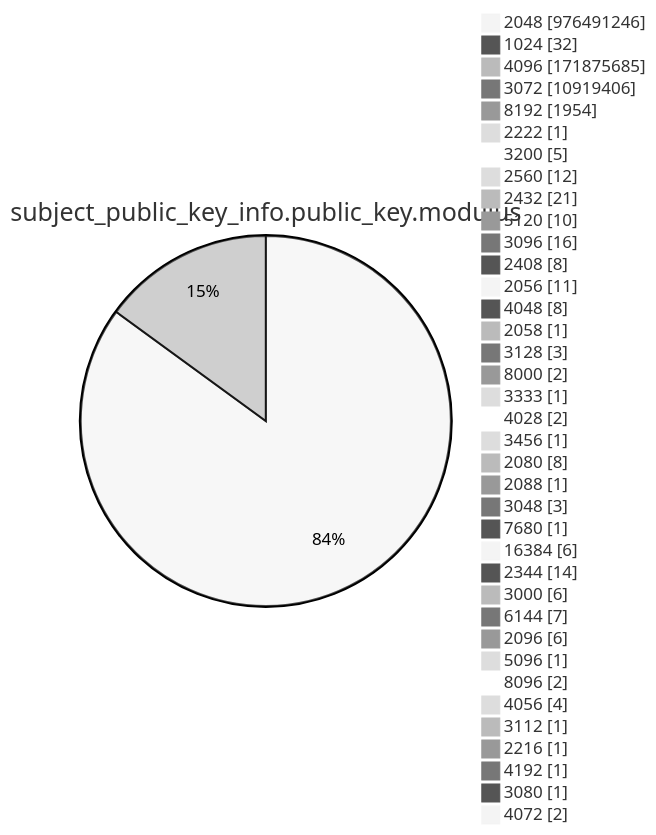
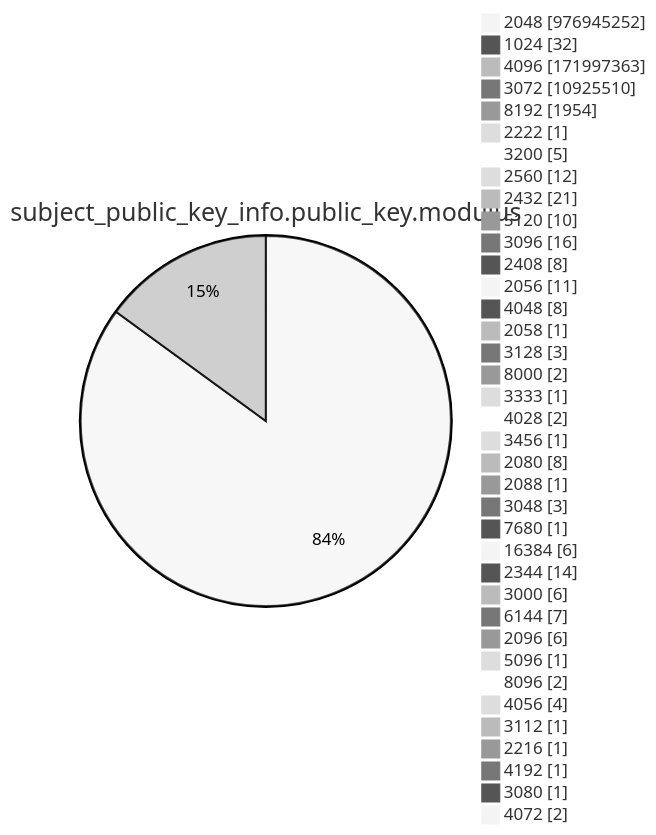
One commit to christiankrug/ctmonitor_visualization changed diagram 13 of 15 in argon2022/README.md. Above: the diagram before and after it, drawn with Mermaid (neutral theme). The commit also changed other lines of this file, not shown here.

````diff
--- a/argon2022/README.md
+++ b/argon2022/README.md
@@ -3587,41 +3587,41 @@
 ```mermaid
 pie showData
 title subject_public_key_info.public_key.modulus
-"2048" :976491246
+"2048" :976945252
 "1024" :32
-"4096" :171875685
-"3072" :10919406
+"4096" :171997363
+"3072" :10925510
 "8192" :1954
 "2222" :1
 "3200" :5
 "2560" :12
 "2432" :21
 "5120" :10
 "3096" :16
 "2408" :8
 "2056" :11
 "4048" :8
 "2058" :1
 "3128" :3
 "8000" :2
 "3333" :1
 "4028" :2
 "3456" :1
 "2080" :8
 "2088" :1
 "3048" :3
 "7680" :1
 "16384" :6
 "2344" :14
 "3000" :6
 "6144" :7
 "2096" :6
 "5096" :1
 "8096" :2
 "4056" :4
 "3112" :1
 "2216" :1
 "4192" :1
 "3080" :1
 "4072" :2
 ```
````
